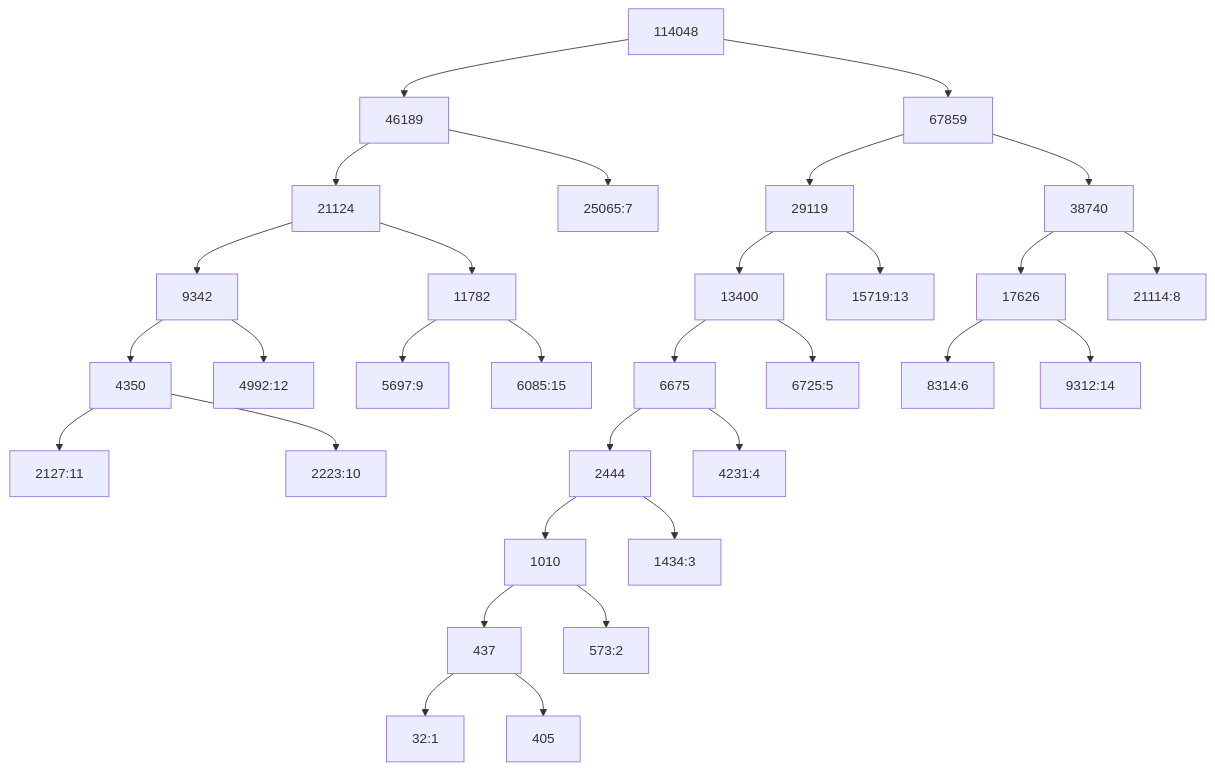
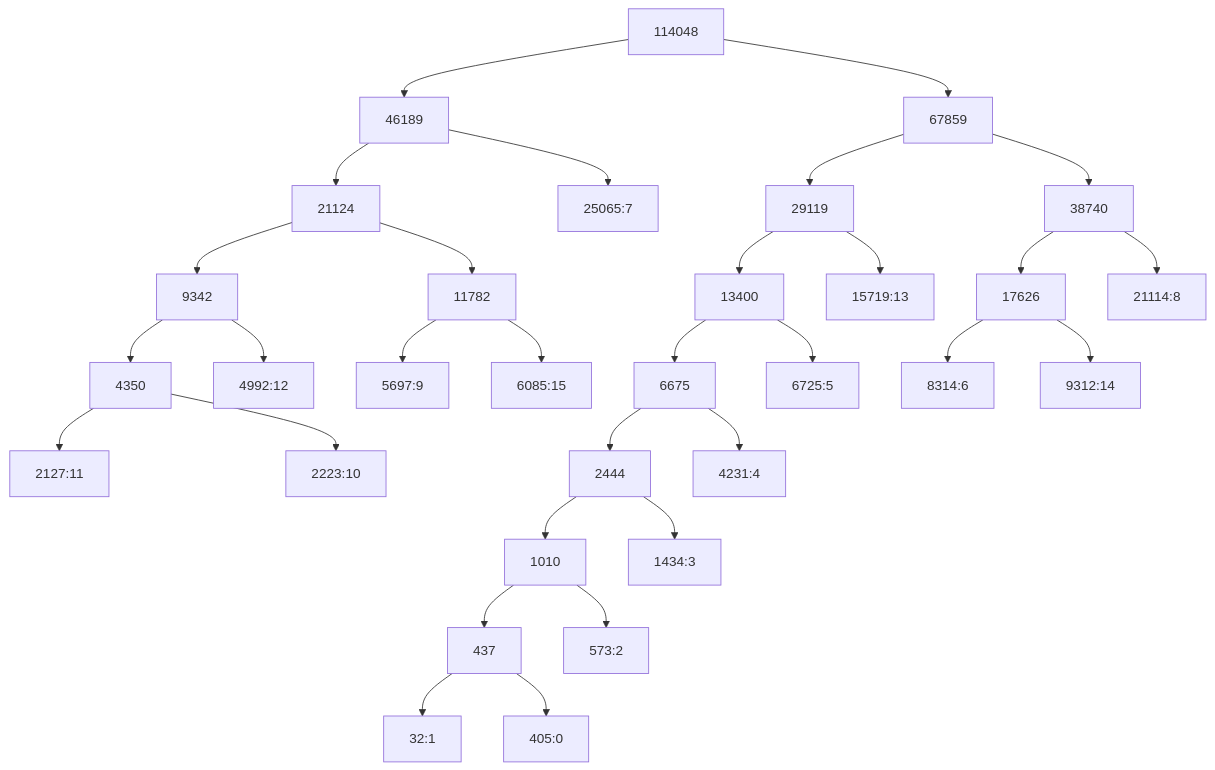
Before and after one commit to AsherJingkongChen/video-compression-assignment: the third of 4 diagrams in outputs/README.tmp.md, drawn with Mermaid. The commit also changed other lines of this file and 19 other files, not shown here.

````diff
--- a/outputs/README.tmp.md
+++ b/outputs/README.tmp.md
@@ -303,50 +311,50 @@
 ```mermaid
 graph TD
     114048 --> 46189
     114048 --> 67859
     46189 --> 21124
     46189 --> 25065:7
     21124 --> 9342
     21124 --> 11782
     9342 --> 4350
     9342 --> 4992:12
     4350 --> 2127:11
     4350 --> 2223:10
     2127:11
     2223:10
     4992:12
     11782 --> 5697:9
     11782 --> 6085:15
     5697:9
     6085:15
     25065:7
     67859 --> 29119
     67859 --> 38740
     29119 --> 13400
     29119 --> 15719:13
     13400 --> 6675
     13400 --> 6725:5
     6675 --> 2444
     6675 --> 4231:4
     2444 --> 1010
     2444 --> 1434:3
     1010 --> 437
     1010 --> 573:2
     437 --> 32:1
-    437 --> 405
+    437 --> 405:0
     32:1
-    405
+    405:0
     573:2
     1434:3
     4231:4
     6725:5
     15719:13
     38740 --> 17626
     38740 --> 21114:8
     17626 --> 8314:6
     17626 --> 9312:14
     8314:6
     9312:14
     21114:8
 
 ```
````
